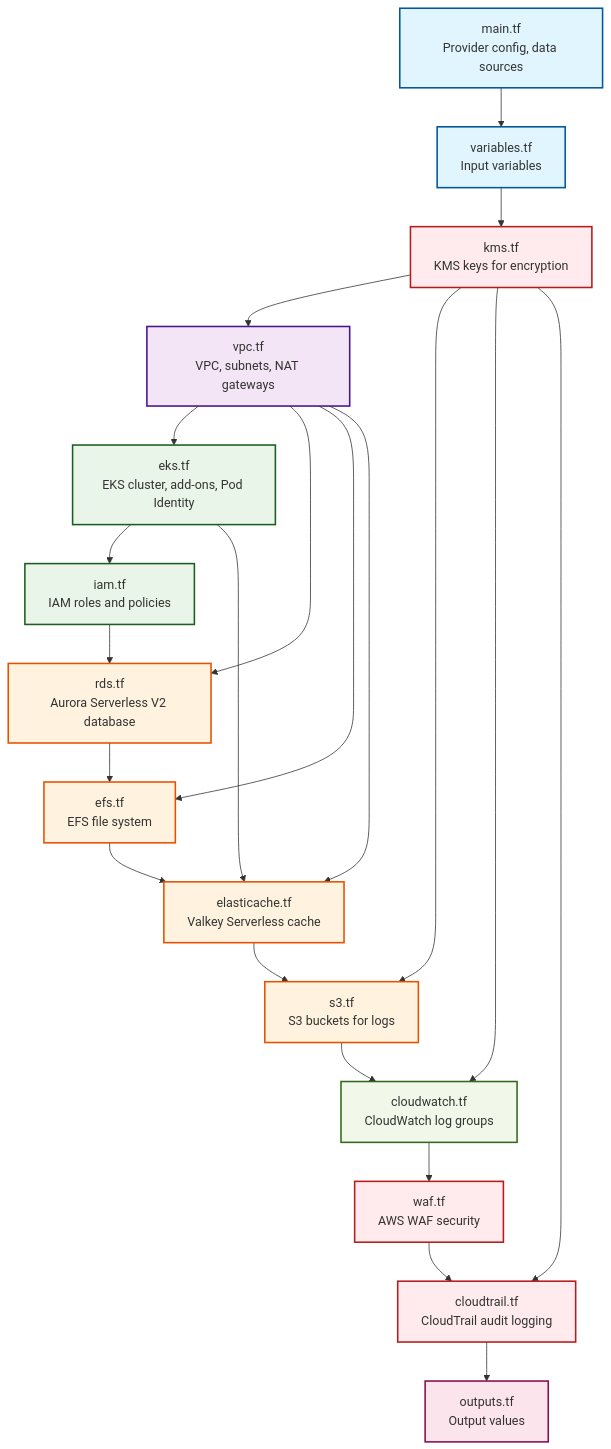
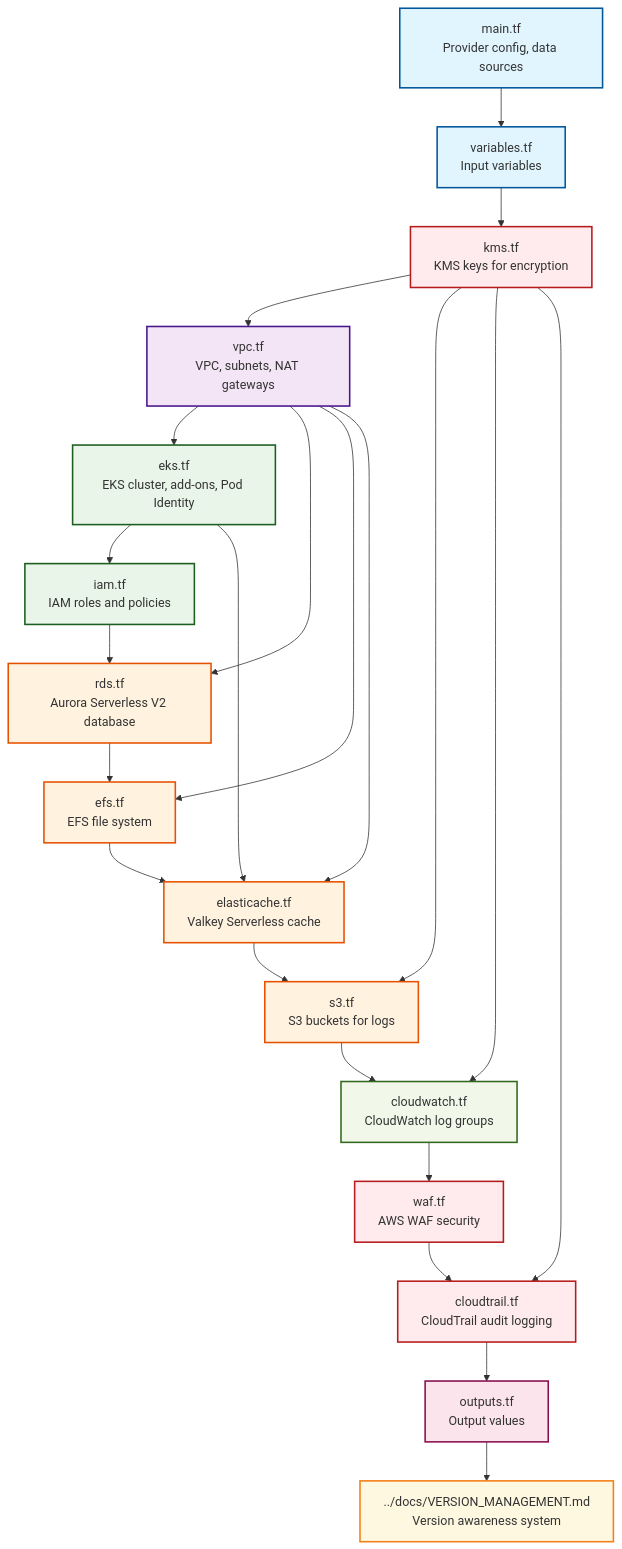
One commit to Jmevorach/openemr-on-eks changed the diagram in terraform/README.md. Above: the diagram before and after it, drawn with Mermaid. The commit also changed other lines of this file and 15 other files, not shown here.

First line of the commit message:
feat: minor release v2.1.0 - Introduction of automated version and dependency tracking system and improvements to documentation (#6)

````diff
--- a/terraform/README.md
+++ b/terraform/README.md
@@ -32,42 +70,45 @@
 ```mermaid
 graph TD
     A[main.tf<br/>Provider config, data sources] --> B[variables.tf<br/>Input variables]
     B --> C[kms.tf<br/>KMS keys for encryption]
     C --> D[vpc.tf<br/>VPC, subnets, NAT gateways]
     D --> E[eks.tf<br/>EKS cluster, add-ons, Pod Identity]
     E --> F[iam.tf<br/>IAM roles and policies]
     F --> G[rds.tf<br/>Aurora Serverless V2 database]
     G --> H[efs.tf<br/>EFS file system]
     H --> I[elasticache.tf<br/>Valkey Serverless cache]
     I --> J[s3.tf<br/>S3 buckets for logs]
     J --> K[cloudwatch.tf<br/>CloudWatch log groups]
     K --> L[waf.tf<br/>AWS WAF security]
     L --> M[cloudtrail.tf<br/>CloudTrail audit logging]
     M --> N[outputs.tf<br/>Output values]
+    N --> O[../docs/VERSION_MANAGEMENT.md<br/>Version awareness system]
 
     %% Additional dependencies
     C --> J
     C --> K
     C --> M
     D --> G
     D --> H
     D --> I
     E --> I
 
     %% Styling
     classDef foundation fill:#e1f5fe,stroke:#01579b,stroke-width:2px
     classDef networking fill:#f3e5f5,stroke:#4a148c,stroke-width:2px
     classDef compute fill:#e8f5e8,stroke:#1b5e20,stroke-width:2px
     classDef storage fill:#fff3e0,stroke:#e65100,stroke-width:2px
     classDef security fill:#ffebee,stroke:#b71c1c,stroke-width:2px
     classDef monitoring fill:#f1f8e9,stroke:#33691e,stroke-width:2px
     classDef output fill:#fce4ec,stroke:#880e4f,stroke-width:2px
+    classDef documentation fill:#fff8e1,stroke:#f57f17,stroke-width:2px
 
     class A,B foundation
     class D networking
     class E,F compute
     class G,H,I,J storage
     class C,L,M security
+    class N output
+    class O documentation
     class K monitoring
-    class N output
 ```
````
